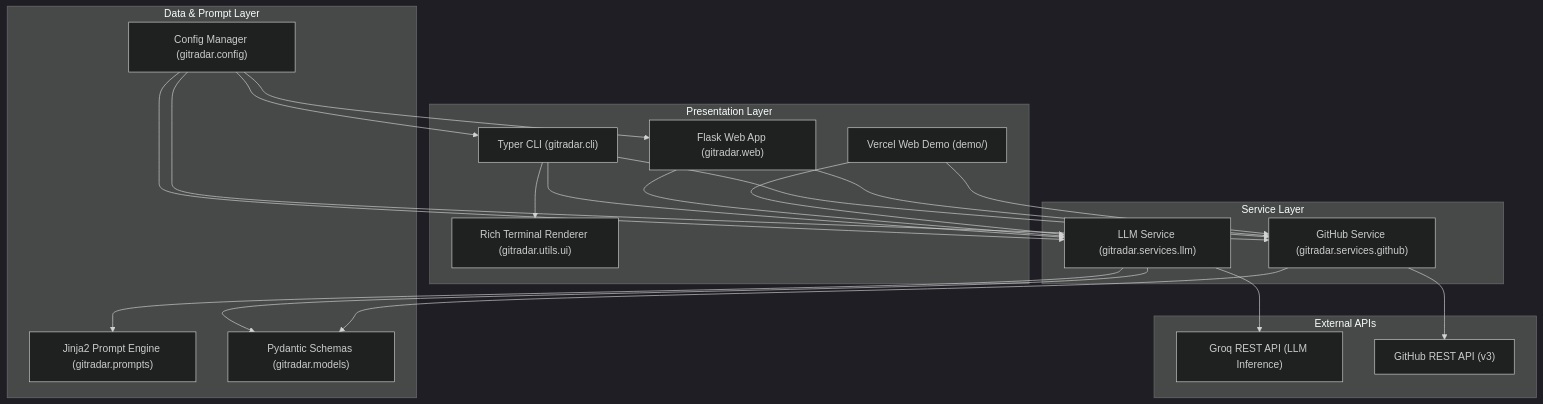
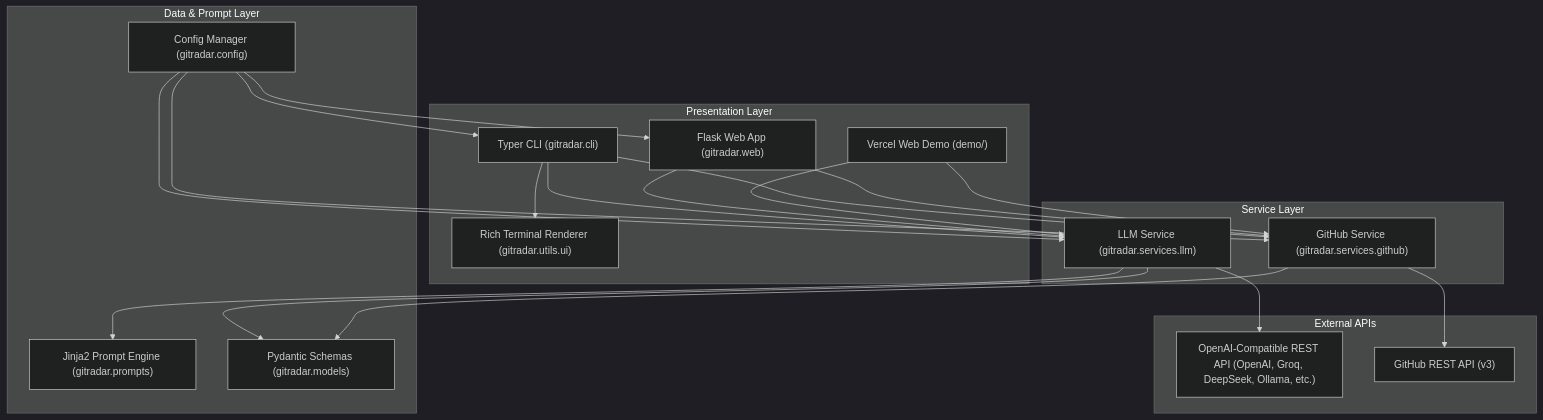
Before and after one commit to AtaCanYmc/GitRadar: the first of 2 diagrams in ARCHITECTURE.md, drawn with Mermaid (dark theme). The commit also changed other lines of this file and 22 other files, not shown here.

Commit message:
feat: upgrade to version 0.2.0 and transition to OpenAI-compatible API integration

````diff
--- a/ARCHITECTURE.md
+++ b/ARCHITECTURE.md
@@ -11,47 +11,47 @@
 ```mermaid
 graph TD
     subgraph PresentationLayer["Presentation Layer"]
         CLI["Typer CLI (gitradar.cli)"]
         WebUI["Flask Web App (gitradar.web)"]
         VercelDemo["Vercel Web Demo (demo/)"]
         RichUI["Rich Terminal Renderer (gitradar.utils.ui)"]
     end
 
     subgraph ServiceLayer["Service Layer"]
         LLM["LLM Service (gitradar.services.llm)"]
         GH["GitHub Service (gitradar.services.github)"]
     end
 
     subgraph DataLayer["Data & Prompt Layer"]
         Prompts["Jinja2 Prompt Engine (gitradar.prompts)"]
         Models["Pydantic Schemas (gitradar.models)"]
         Config["Config Manager (gitradar.config)"]
     end
 
     subgraph ExternalAPIs["External APIs"]
-        GroqAPI["Groq REST API (LLM Inference)"]
+        AIAPI["OpenAI-Compatible REST API (OpenAI, Groq, DeepSeek, Ollama, etc.)"]
         GitHubAPI["GitHub REST API (v3)"]
     end
 
     CLI --> LLM
     CLI --> GH
     CLI --> RichUI
     
     WebUI --> LLM
     WebUI --> GH
 
     VercelDemo --> LLM
     VercelDemo --> GH
 
     LLM --> Prompts
-    LLM --> GroqAPI
+    LLM --> AIAPI
     LLM --> Models
 
     GH --> GitHubAPI
     GH --> Models
 
     Config --> CLI
     Config --> WebUI
     Config --> LLM
     Config --> GH
 ```
````
